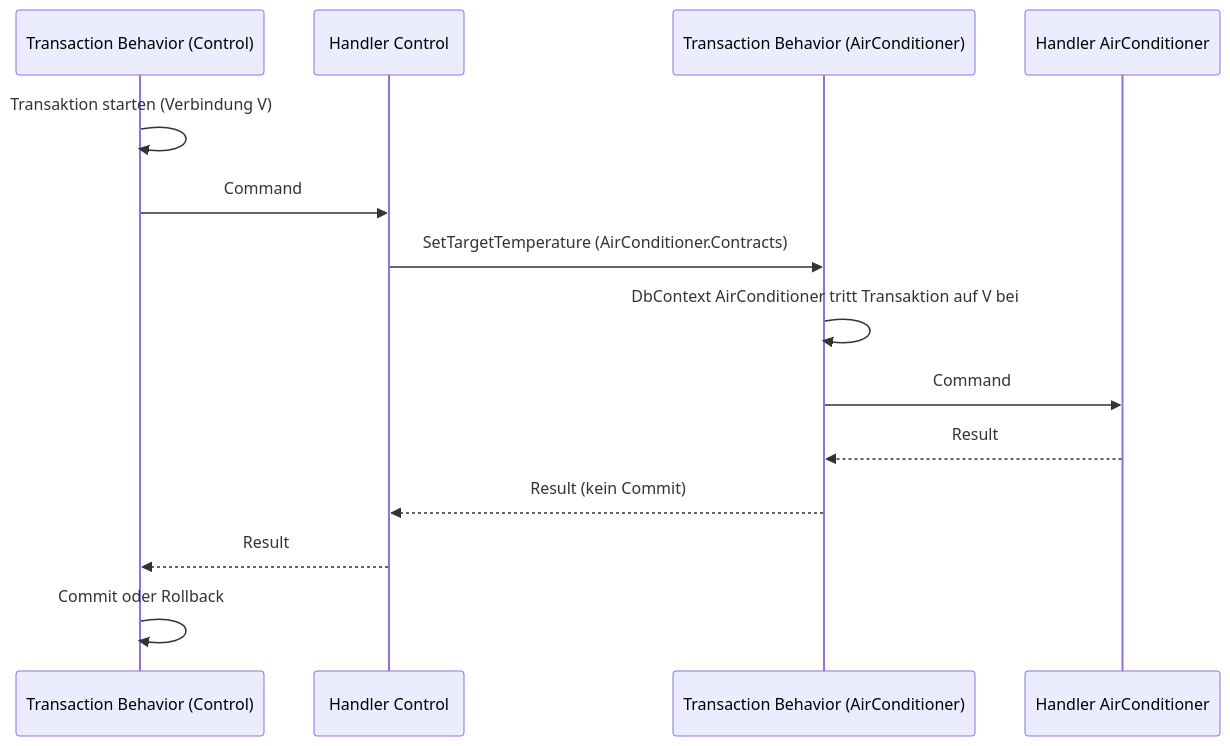
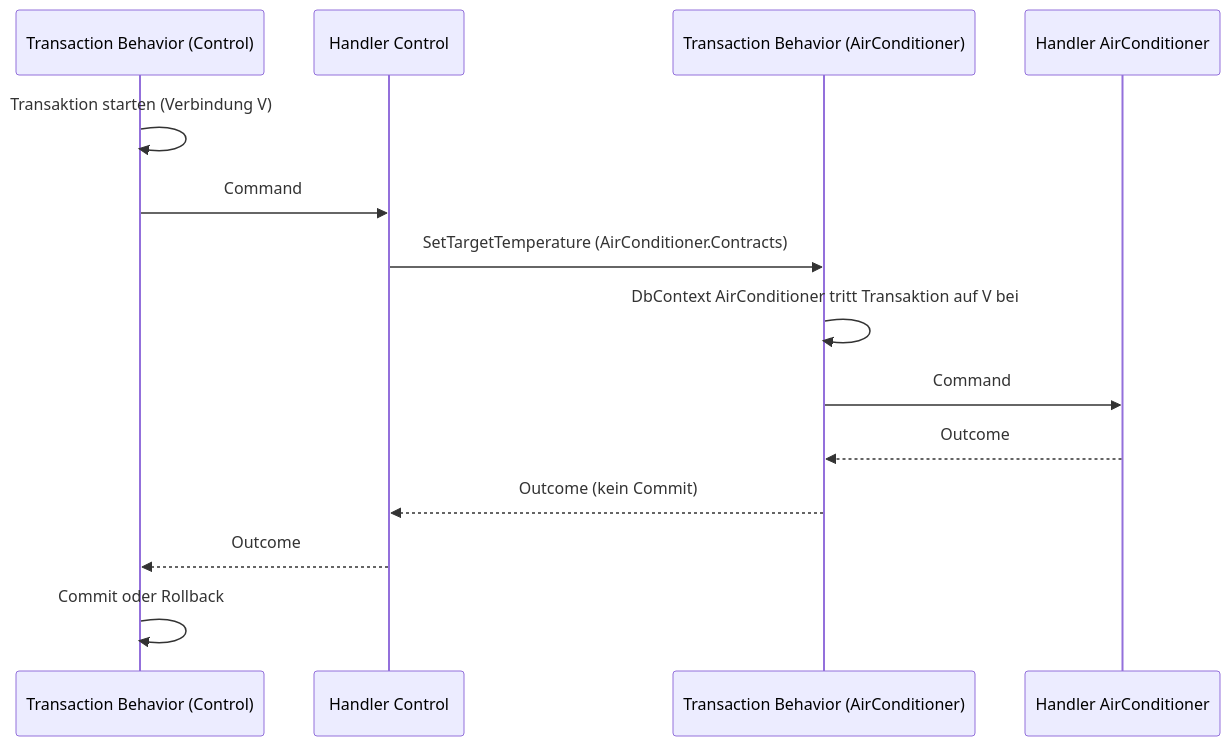
Before and after one commit to mueld/smart-home: the third of 4 diagrams in docs/architecture/architecture-smart-home-2026-11-11/ARCHITECTURE-SPINE.md, drawn with Mermaid. The commit also changed other lines of this file and 21 other files, not shown here.

````diff
--- a/docs/architecture/architecture-smart-home-2026-11-11/ARCHITECTURE-SPINE.md
+++ b/docs/architecture/architecture-smart-home-2026-11-11/ARCHITECTURE-SPINE.md
@@ -157,16 +157,16 @@
 ```mermaid
 sequenceDiagram
     participant TS as Transaction Behavior (Control)
     participant HS as Handler Control
     participant TK as Transaction Behavior (AirConditioner)
     participant HK as Handler AirConditioner
     TS->>TS: Transaktion starten (Verbindung V)
     TS->>HS: Command
     HS->>TK: SetTargetTemperature (AirConditioner.Contracts)
     TK->>TK: DbContext AirConditioner tritt Transaktion auf V bei
     TK->>HK: Command
-    HK-->>TK: Result
-    TK-->>HS: Result (kein Commit)
-    HS-->>TS: Result
+    HK-->>TK: Outcome
+    TK-->>HS: Outcome (kein Commit)
+    HS-->>TS: Outcome
     TS->>TS: Commit oder Rollback
 ```
````
